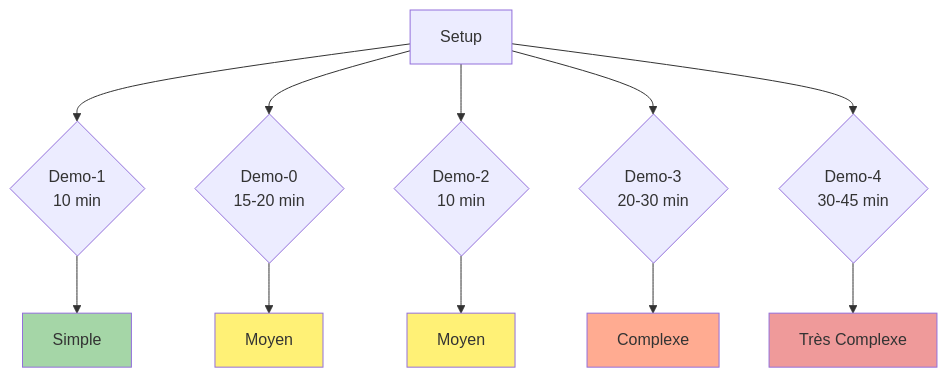
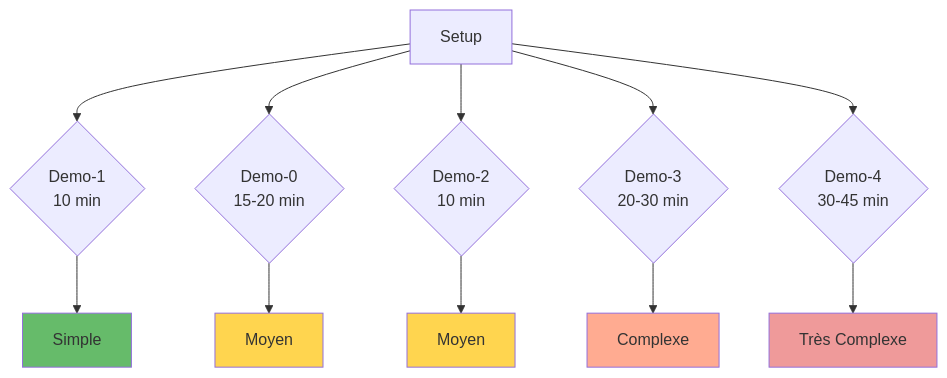
Before and after one commit to inskillflow/auths-1-NEXTJS-introduction: diagram 25 of 39 in 02-DIAGRAMMES_ARCHITECTURES.md, drawn with Mermaid. The commit also changed other lines of this file, not shown here.

````diff
--- a/02-DIAGRAMMES_ARCHITECTURES.md
+++ b/02-DIAGRAMMES_ARCHITECTURES.md
@@ -865,20 +865,20 @@
 ```mermaid
 graph TB
     START[Setup] --> D1{Demo-1<br/>10 min}
     START --> D0{Demo-0<br/>15-20 min}
     START --> D2{Demo-2<br/>10 min}
     START --> D3{Demo-3<br/>20-30 min}
     START --> D4{Demo-4<br/>30-45 min}
     
     D1 --> E1[Simple]
     D0 --> E0[Moyen]
     D2 --> E2[Moyen]
     D3 --> E3[Complexe]
     D4 --> E4[Très Complexe]
     
-    style E1 fill:#a5d6a7
-    style E0 fill:#fff176
-    style E2 fill:#fff176
+    style E1 fill:#66bb6a
+    style E0 fill:#ffd54f
+    style E2 fill:#ffd54f
     style E3 fill:#ffab91
     style E4 fill:#ef9a9a
 ```
````
